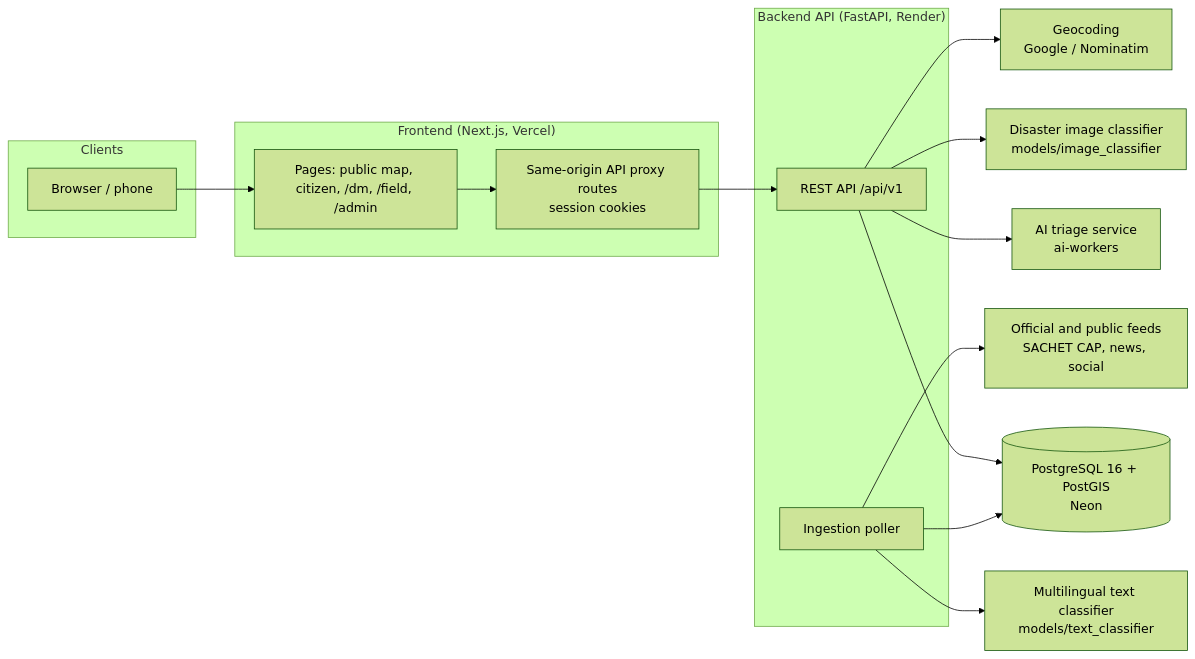
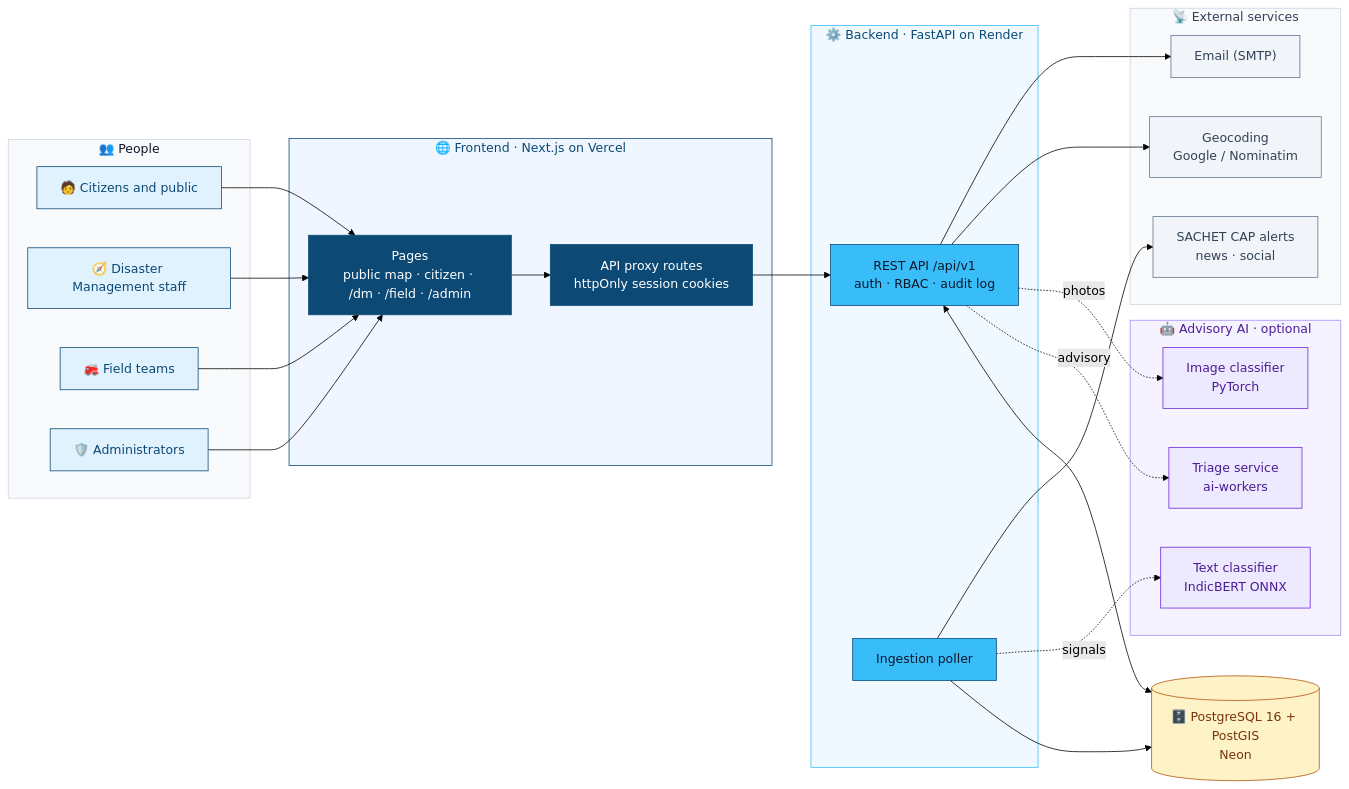
One commit to RudraBhat/IT314_Software_Project changed the first of 2 diagrams in README.md. Above: the diagram before and after it, drawn with Mermaid (forest theme). The commit also changed other lines of this file and 2 other files, not shown here.

````diff
--- a/README.md
+++ b/README.md
@@ -56,29 +78,61 @@
 ```mermaid
 flowchart LR
-    subgraph Clients
-        B[Browser / phone]
+    subgraph People["👥 People"]
+        CIT["🧑 Citizens and public"]
+        DM["🧭 Disaster Management staff"]
+        FT["🚒 Field teams"]
+        ADM["🛡️ Administrators"]
     end
-    subgraph Frontend["Frontend (Next.js, Vercel)"]
-        UI[Pages: public map, citizen, /dm, /field, /admin]
-        PX[Same-origin API proxy routes<br/>session cookies]
+
+    subgraph Web["🌐 Frontend · Next.js on Vercel"]
+        UI["Pages<br/>public map · citizen · /dm · /field · /admin"]
+        PX["API proxy routes<br/>httpOnly session cookies"]
     end
-    subgraph Backend["Backend API (FastAPI, Render)"]
-        API[REST API /api/v1]
-        ING[Ingestion poller]
+
+    subgraph Core["⚙️ Backend · FastAPI on Render"]
+        API["REST API /api/v1<br/>auth · RBAC · audit log"]
+        ING["Ingestion poller"]
     end
-    DB[(PostgreSQL 16 + PostGIS<br/>Neon)]
-    AIW[AI triage service<br/>ai-workers]
-    TXT[Multilingual text classifier<br/>models/text_classifier]
-    IMG[Disaster image classifier<br/>models/image_classifier]
-    EXT[Official and public feeds<br/>SACHET CAP, news, social]
-    GEO[Geocoding<br/>Google / Nominatim]
 
-    B --> UI --> PX --> API
-    API --> DB
+    DB[("🗄️ PostgreSQL 16 + PostGIS<br/>Neon")]
+
+    subgraph AI["🤖 Advisory AI · optional"]
+        AIW["Triage service<br/>ai-workers"]
+        TXT["Text classifier<br/>IndicBERT ONNX"]
+        IMG["Image classifier<br/>PyTorch"]
+    end
+
+    subgraph Ext["📡 External services"]
+        FEEDS["SACHET CAP alerts<br/>news · social"]
+        GEO["Geocoding<br/>Google / Nominatim"]
+        MAIL["Email (SMTP)"]
+    end
+
+    CIT & DM & FT & ADM --> UI --> PX --> API
+    API <--> DB
     ING --> DB
-    API --> AIW
-    ING --> TXT
-    API --> IMG
-    ING --> EXT
+    API -. advisory .-> AIW
+    API -. photos .-> IMG
+    ING -. signals .-> TXT
+    ING --> FEEDS
     API --> GEO
+    API --> MAIL
+
+    classDef people fill:#E0F2FE,stroke:#0C4A75,color:#0C4A75
+    classDef web fill:#0C4A75,stroke:#0C4A75,color:#FFFFFF
+    classDef core fill:#38BDF8,stroke:#0C4A75,color:#0F172A
+    classDef data fill:#FEF3C7,stroke:#B45309,color:#78350F
+    classDef ai fill:#EDE9FE,stroke:#6D28D9,color:#4C1D95
+    classDef ext fill:#F1F5F9,stroke:#64748B,color:#334155
+    class CIT,DM,FT,ADM people
+    class UI,PX web
+    class API,ING core
+    class DB data
+    class AIW,TXT,IMG ai
+    class FEEDS,GEO,MAIL ext
+    style People fill:#F8FAFC,stroke:#CBD5E1,color:#0F172A
+    style Web fill:#EFF6FF,stroke:#0C4A75,color:#0C4A75
+    style Core fill:#F0F9FF,stroke:#38BDF8,color:#0C4A75
+    style AI fill:#F5F3FF,stroke:#A78BFA,color:#4C1D95
+    style Ext fill:#F8FAFC,stroke:#CBD5E1,color:#334155
 ```
````
